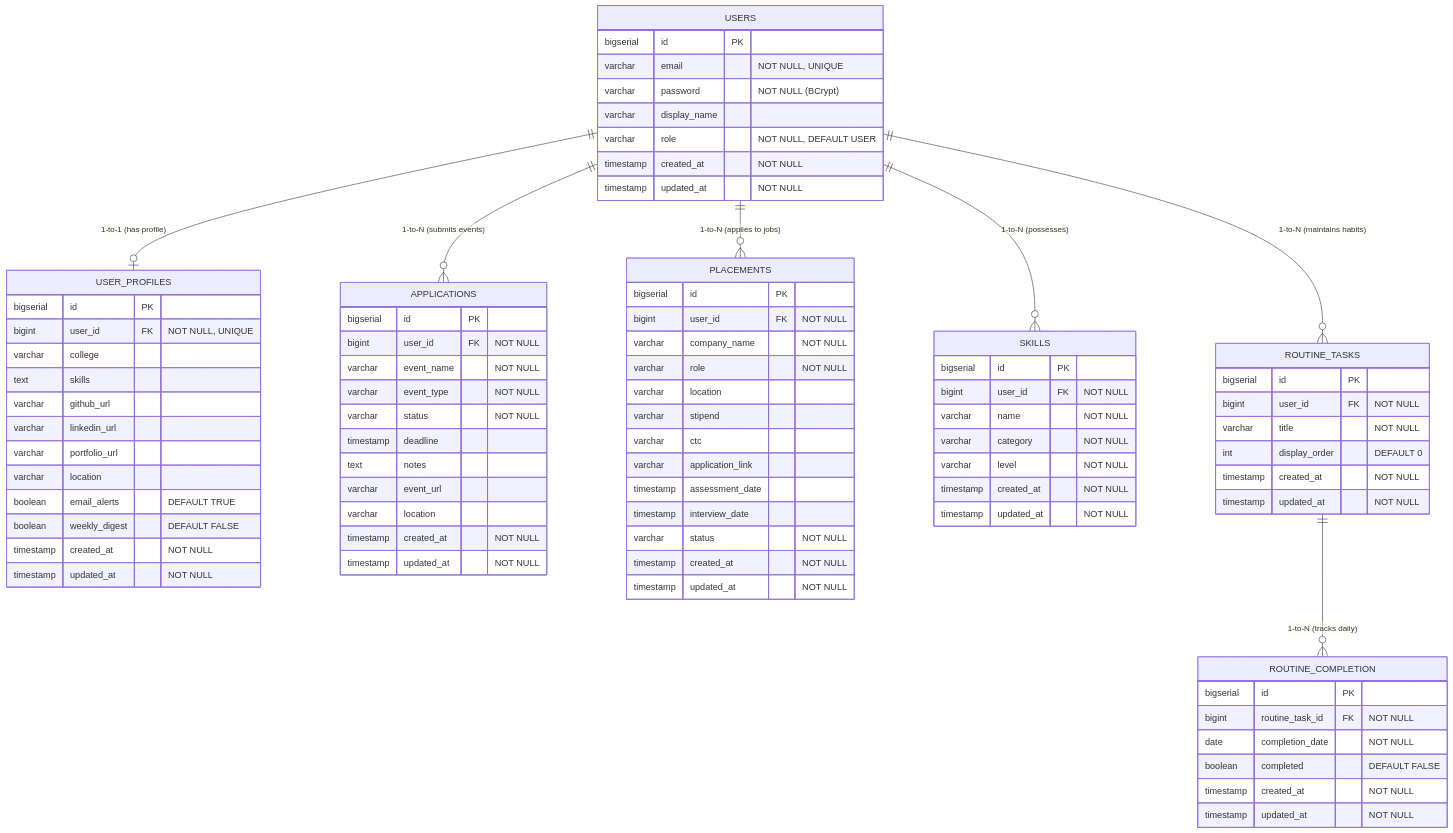
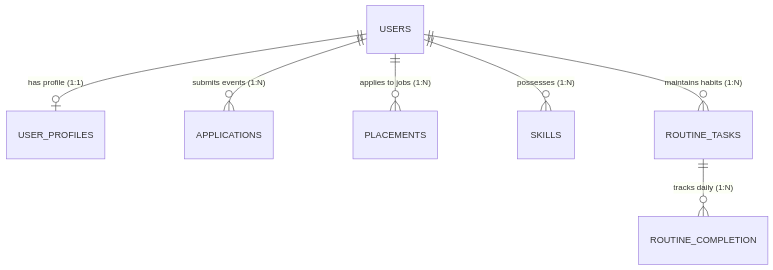
The second of 4 diagrams in 09-Projects/Career OS - Distributed Microservices Platform.md (rohithgowda18/Notes), drawn with Mermaid before and after one commit. The commit also changed other lines of this file and 1 other file, not shown here.

Commit message:
refactor(db): streamline database section across both career os files to table names and indexes

````diff
--- a/09-Projects/Career OS - Distributed Microservices Platform.md
+++ b/09-Projects/Career OS - Distributed Microservices Platform.md
@@ -301,92 +301,9 @@
 ```mermaid
 erDiagram
-    USERS ||--o| USER_PROFILES : "1-to-1 (has profile)"
-    USERS ||--o{ APPLICATIONS : "1-to-N (submits events)"
-    USERS ||--o{ PLACEMENTS : "1-to-N (applies to jobs)"
-    USERS ||--o{ SKILLS : "1-to-N (possesses)"
-    USERS ||--o{ ROUTINE_TASKS : "1-to-N (maintains habits)"
-    ROUTINE_TASKS ||--o{ ROUTINE_COMPLETION : "1-to-N (tracks daily)"
-
-    USERS {
-        bigserial id PK
-        varchar email "NOT NULL, UNIQUE"
-        varchar password "NOT NULL (BCrypt)"
-        varchar display_name
-        varchar role "NOT NULL, DEFAULT USER"
-        timestamp created_at "NOT NULL"
-        timestamp updated_at "NOT NULL"
-    }
-
-    USER_PROFILES {
-        bigserial id PK
-        bigint user_id FK "NOT NULL, UNIQUE"
-        varchar college
-        text skills
-        varchar github_url
-        varchar linkedin_url
-        varchar portfolio_url
-        varchar location
-        boolean email_alerts "DEFAULT TRUE"
-        boolean weekly_digest "DEFAULT FALSE"
-        timestamp created_at "NOT NULL"
-        timestamp updated_at "NOT NULL"
-    }
-
-    APPLICATIONS {
-        bigserial id PK
-        bigint user_id FK "NOT NULL"
-        varchar event_name "NOT NULL"
-        varchar event_type "NOT NULL"
-        varchar status "NOT NULL"
-        timestamp deadline
-        text notes
-        varchar event_url
-        varchar location
-        timestamp created_at "NOT NULL"
-        timestamp updated_at "NOT NULL"
-    }
-
-    PLACEMENTS {
-        bigserial id PK
-        bigint user_id FK "NOT NULL"
-        varchar company_name "NOT NULL"
-        varchar role "NOT NULL"
-        varchar location
-        varchar stipend
-        varchar ctc
-        varchar application_link
-        timestamp assessment_date
-        timestamp interview_date
-        varchar status "NOT NULL"
-        timestamp created_at "NOT NULL"
-        timestamp updated_at "NOT NULL"
-    }
-
-    SKILLS {
-        bigserial id PK
-        bigint user_id FK "NOT NULL"
-        varchar name "NOT NULL"
-        varchar category "NOT NULL"
-        varchar level "NOT NULL"
-        timestamp created_at "NOT NULL"
-        timestamp updated_at "NOT NULL"
-    }
-
-    ROUTINE_TASKS {
-        bigserial id PK
-        bigint user_id FK "NOT NULL"
-        varchar title "NOT NULL"
-        int display_order "DEFAULT 0"
-        timestamp created_at "NOT NULL"
-        timestamp updated_at "NOT NULL"
-    }
-
-    ROUTINE_COMPLETION {
-        bigserial id PK
-        bigint routine_task_id FK "NOT NULL"
-        date completion_date "NOT NULL"
-        boolean completed "DEFAULT FALSE"
-        timestamp created_at "NOT NULL"
-        timestamp updated_at "NOT NULL"
-    }
+    USERS ||--o| USER_PROFILES : "has profile (1:1)"
+    USERS ||--o{ APPLICATIONS : "submits events (1:N)"
+    USERS ||--o{ PLACEMENTS : "applies to jobs (1:N)"
+    USERS ||--o{ SKILLS : "possesses (1:N)"
+    USERS ||--o{ ROUTINE_TASKS : "maintains habits (1:N)"
+    ROUTINE_TASKS ||--o{ ROUTINE_COMPLETION : "tracks daily (1:N)"
 ```
````
